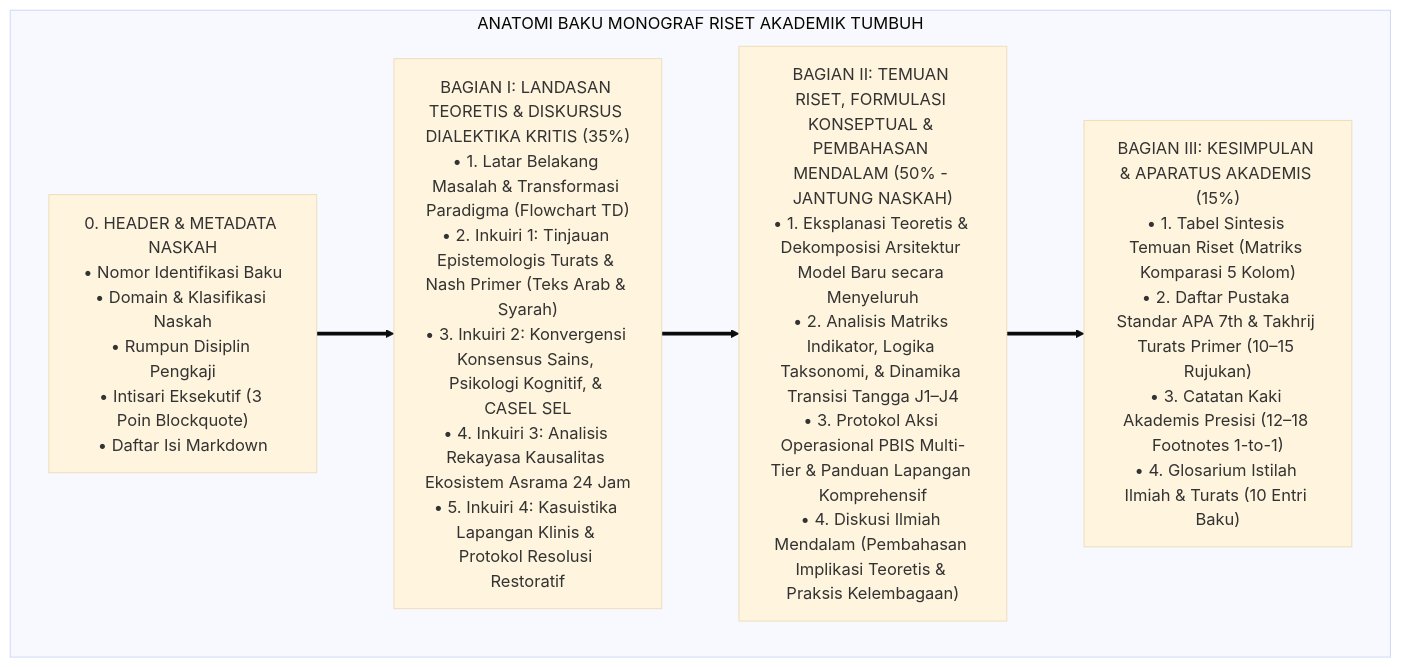
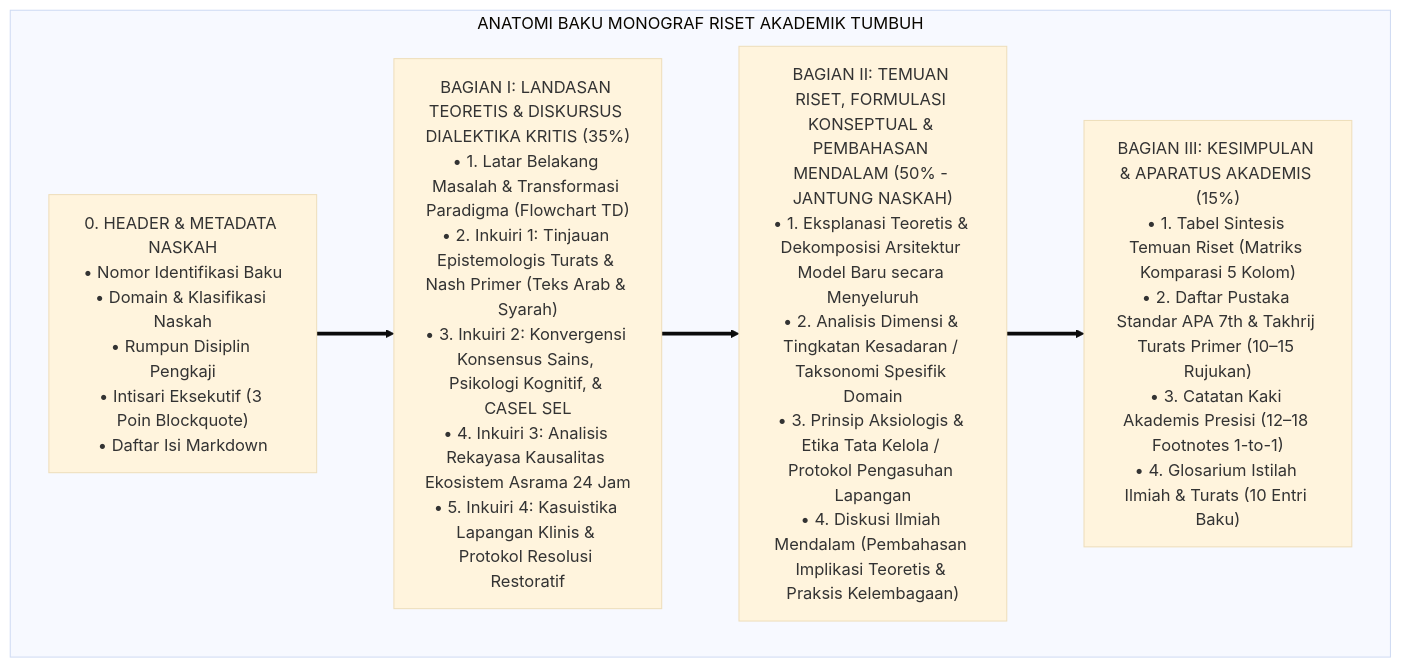
Before and after one commit to wandiapriliyandi/tumbuh: the second of 2 diagrams in METHODOLOGY/Workflow-Isi-Penelitian-dan-Struktur-Monograf-Baku.md, drawn with Mermaid (base theme). The commit also changed other lines of this file and 8 other files, not shown here.

````diff
--- a/METHODOLOGY/Workflow-Isi-Penelitian-dan-Struktur-Monograf-Baku.md
+++ b/METHODOLOGY/Workflow-Isi-Penelitian-dan-Struktur-Monograf-Baku.md
@@ -39,14 +76,14 @@
 ```mermaid
 flowchart TD
     subgraph AnatomiMonografTUMBUH["ANATOMI BAKU MONOGRAF RISET AKADEMIK TUMBUH"]
         Header["0. HEADER & METADATA NASKAH<br/>• Nomor Identifikasi Baku<br/>• Domain & Klasifikasi Naskah<br/>• Rumpun Disiplin Pengkaji<br/>• Intisari Eksekutif (3 Poin Blockquote)<br/>• Daftar Isi Markdown"]
         
         Bagian1["BAGIAN I: LANDASAN TEORETIS & DISKURSUS DIALEKTIKA KRITIS (35%)<br/>• 1. Latar Belakang Masalah & Transformasi Paradigma (Flowchart TD)<br/>• 2. Inkuiri 1: Tinjauan Epistemologis Turats & Nash Primer (Teks Arab & Syarah)<br/>• 3. Inkuiri 2: Konvergensi Konsensus Sains, Psikologi Kognitif, & CASEL SEL<br/>• 4. Inkuiri 3: Analisis Rekayasa Kausalitas Ekosistem Asrama 24 Jam<br/>• 5. Inkuiri 4: Kasuistika Lapangan Klinis & Protokol Resolusi Restoratif"]
         
-        Bagian2["BAGIAN II: TEMUAN RISET, FORMULASI KONSEPTUAL & PEMBAHASAN MENDALAM (50% - JANTUNG NASKAH)<br/>• 1. Eksplanasi Teoretis & Dekomposisi Arsitektur Model Baru secara Menyeluruh<br/>• 2. Analisis Matriks Indikator, Logika Taksonomi, & Dinamika Transisi Tangga J1–J4<br/>• 3. Protokol Aksi Operasional PBIS Multi-Tier & Panduan Lapangan Komprehensif<br/>• 4. Diskusi Ilmiah Mendalam (Pembahasan Implikasi Teoretis & Praksis Kelembagaan)"]
+        Bagian2["BAGIAN II: TEMUAN RISET, FORMULASI KONSEPTUAL & PEMBAHASAN MENDALAM (50% - JANTUNG NASKAH)<br/>• 1. Eksplanasi Teoretis & Dekomposisi Arsitektur Model Baru secara Menyeluruh<br/>• 2. Analisis Dimensi & Tingkatan Kesadaran / Taksonomi Spesifik Domain<br/>• 3. Prinsip Aksiologis & Etika Tata Kelola / Protokol Pengasuhan Lapangan<br/>• 4. Diskusi Ilmiah Mendalam (Pembahasan Implikasi Teoretis & Praksis Kelembagaan)"]
         
         Bagian3["BAGIAN III: KESIMPULAN & APARATUS AKADEMIS (15%)<br/>• 1. Tabel Sintesis Temuan Riset (Matriks Komparasi 5 Kolom)<br/>• 2. Daftar Pustaka Standar APA 7th & Takhrij Turats Primer (10–15 Rujukan)<br/>• 3. Catatan Kaki Akademis Presisi (12–18 Footnotes 1-to-1)<br/>• 4. Glosarium Istilah Ilmiah & Turats (10 Entri Baku)"]
         
         Header ==> Bagian1 ==> Bagian2 ==> Bagian3
     end
 ```
````
